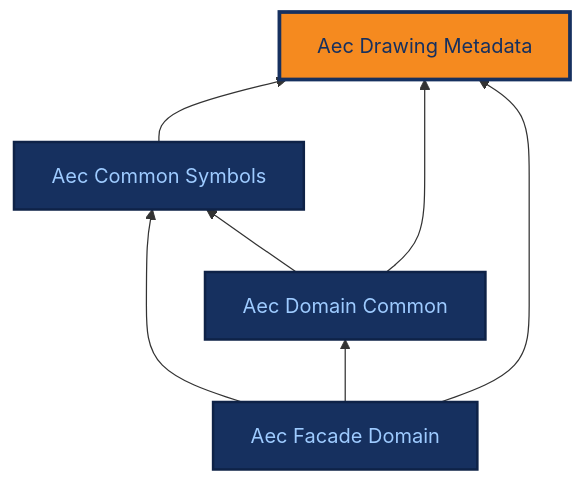
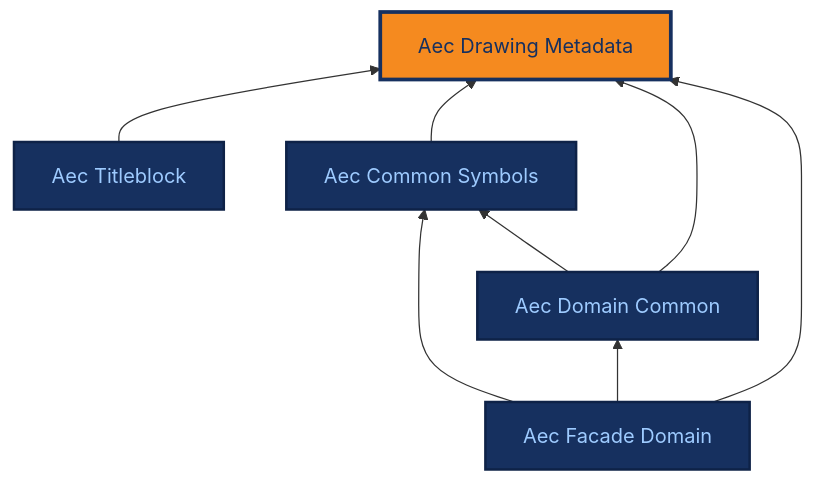
The diagram in docs/ontologies/aec_drawing_metadata.md (BuroHappoldMachineLearning/ADIRO), drawn with Mermaid before and after one commit. The commit also changed 16 other files, not shown here.

First line of the commit message:
feat(aec_titleblock): add new module with initial vocabulary (0.1.0)

````diff
--- a/docs/ontologies/aec_drawing_metadata.md
+++ b/docs/ontologies/aec_drawing_metadata.md
@@ -16,18 +16,20 @@
 ```mermaid
 %%{init: {"themeCSS": ".base .nodeLabel,.base .nodeLabel p,.base text,.base tspan{fill:#9ecbff !important;color:#9ecbff !important}.current .nodeLabel,.current .nodeLabel p,.current text,.current tspan{fill:#16305f !important;color:#16305f !important}"} }%%
 graph BT
     aec_drawing_metadata["Aec Drawing Metadata"]
+    aec_titleblock["Aec Titleblock"]
     aec_common_symbols["Aec Common Symbols"]
     aec_domain_common["Aec Domain Common"]
     aec_facade_domain["Aec Facade Domain"]
+    aec_titleblock --> aec_drawing_metadata
     aec_common_symbols --> aec_drawing_metadata
     aec_domain_common --> aec_common_symbols
     aec_domain_common --> aec_drawing_metadata
     aec_facade_domain --> aec_common_symbols
     aec_facade_domain --> aec_domain_common
     aec_facade_domain --> aec_drawing_metadata
     classDef base fill:#16305f,stroke:#0e2247,stroke-width:2px,color:#9ecbff;
-    class aec_common_symbols,aec_domain_common,aec_facade_domain base;
+    class aec_titleblock,aec_common_symbols,aec_domain_common,aec_facade_domain base;
     classDef current fill:#f58a1f,stroke:#16305f,stroke-width:3px,color:#16305f;
     class aec_drawing_metadata current;
 ```
````
